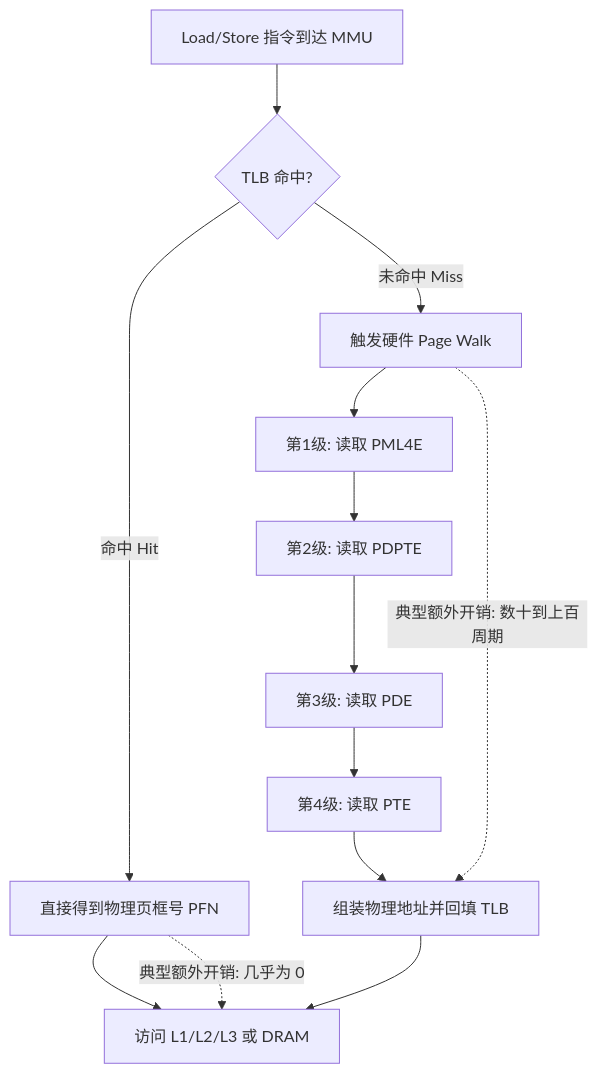
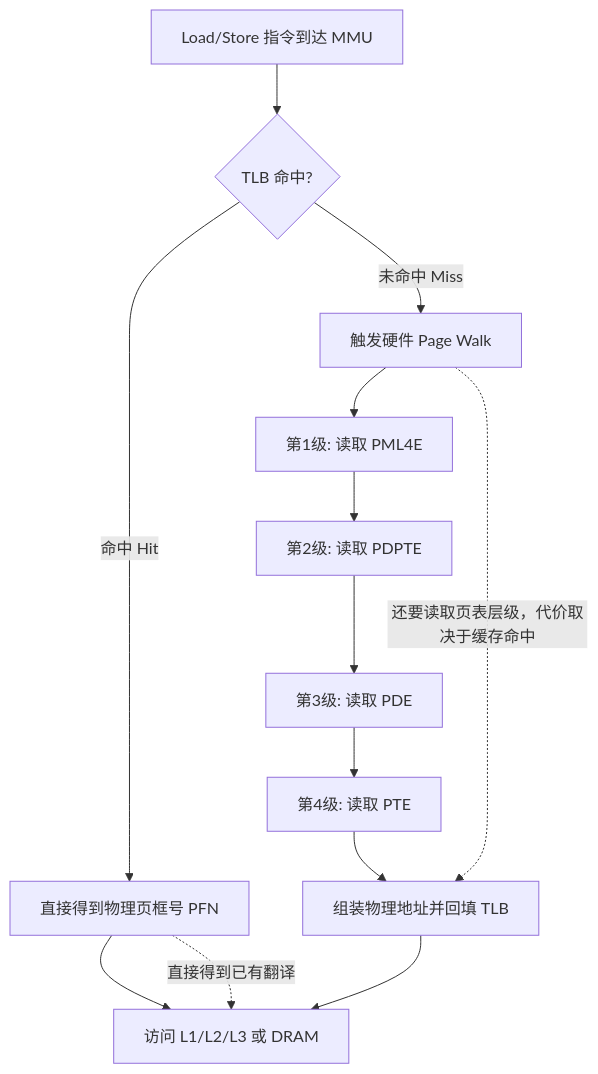
The first of 4 diagrams in books/rust-hft/src/foundations/os_internals.md (xizheyin/hft-book-rs), drawn with Mermaid before and after one commit. The commit also changed other lines of this file and 79 other files, not shown here.

````diff
--- a/books/rust-hft/src/foundations/os_internals.md
+++ b/books/rust-hft/src/foundations/os_internals.md
@@ -15,17 +19,17 @@
 ```mermaid
 flowchart TD
     A[Load/Store 指令到达 MMU] --> B{TLB 命中?}
     B -->|命中 Hit| C[直接得到物理页框号 PFN]
     C --> D[访问 L1/L2/L3 或 DRAM]
 
     B -->|未命中 Miss| E[触发硬件 Page Walk]
     E --> F[第1级: 读取 PML4E]
     F --> G[第2级: 读取 PDPTE]
     G --> H[第3级: 读取 PDE]
     H --> I[第4级: 读取 PTE]
     I --> J[组装物理地址并回填 TLB]
     J --> D
 
-    C -.典型额外开销: 几乎为 0.-> D
-    E -.典型额外开销: 数十到上百周期.-> J
+    C -.直接得到已有翻译.-> D
+    E -.还要读取页表层级，代价取决于缓存命中.-> J
 ```
````
